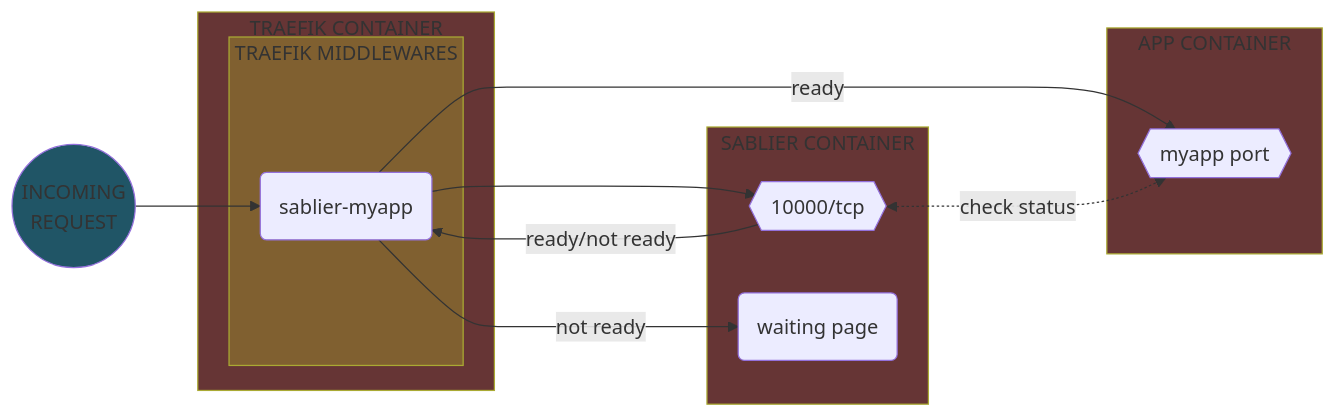
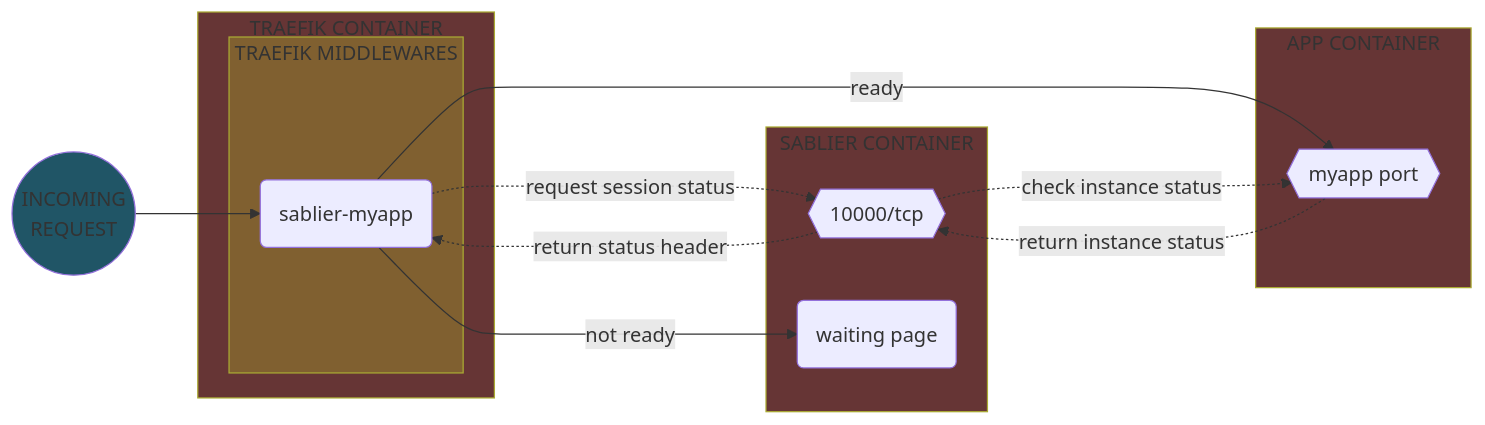
Before and after one commit to Yann39/self-hosted: diagram 18 of 19 in README.md, drawn with Mermaid. The commit also changed other lines of this file and 2 other files, not shown here.

Commit message:
updated main network architecture diagram to integrate Sablier + improved volume backup documentation

````diff
--- a/README.md
+++ b/README.md
@@ -4128,36 +4151,37 @@
 ```mermaid
 flowchart LR
     style INCOMING_REQUEST fill: #205566
     style TRAEFIK_CONTAINER fill: #663535
     style SABLIER_CONTAINER fill: #663535
     style APP_CONTAINER fill: #663535
     style TRAEFIK_MIDDLEWARE fill: #806030
     DOCKER_SABLIER_PORT{{10000/tcp}}
     DOCKER_APP_PORT{{myapp port}}
     WAITING_PAGE(waiting page)
     TRAEFIK_MIDDLEWARE_APP(sablier-myapp)
     INCOMING_REQUEST((INCOMING\nREQUEST))
     INCOMING_REQUEST --> TRAEFIK_MIDDLEWARE_APP
 
     subgraph SABLIER_CONTAINER[SABLIER CONTAINER]
         DOCKER_SABLIER_PORT
         WAITING_PAGE
     end
 
     subgraph APP_CONTAINER[APP CONTAINER]
         DOCKER_APP_PORT
     end
 
     subgraph TRAEFIK_CONTAINER[TRAEFIK CONTAINER]
 
         subgraph TRAEFIK_MIDDLEWARE[TRAEFIK MIDDLEWARES]
             TRAEFIK_MIDDLEWARE_APP
         end
 
-        TRAEFIK_MIDDLEWARE_APP --> DOCKER_SABLIER_PORT
-        DOCKER_SABLIER_PORT -->|"ready/not ready"| TRAEFIK_MIDDLEWARE_APP
+        TRAEFIK_MIDDLEWARE_APP -.->|request session status| DOCKER_SABLIER_PORT
+        DOCKER_SABLIER_PORT -.->|"return status header"| TRAEFIK_MIDDLEWARE_APP
         TRAEFIK_MIDDLEWARE_APP -->|"ready"| DOCKER_APP_PORT
         TRAEFIK_MIDDLEWARE_APP -->|"not ready"| WAITING_PAGE
-        DOCKER_SABLIER_PORT <-.->|"check status"| DOCKER_APP_PORT
+        DOCKER_APP_PORT -.->|return instance status| DOCKER_SABLIER_PORT
+        DOCKER_SABLIER_PORT -.->|"check instance status"| DOCKER_APP_PORT
     end
 ```
````
